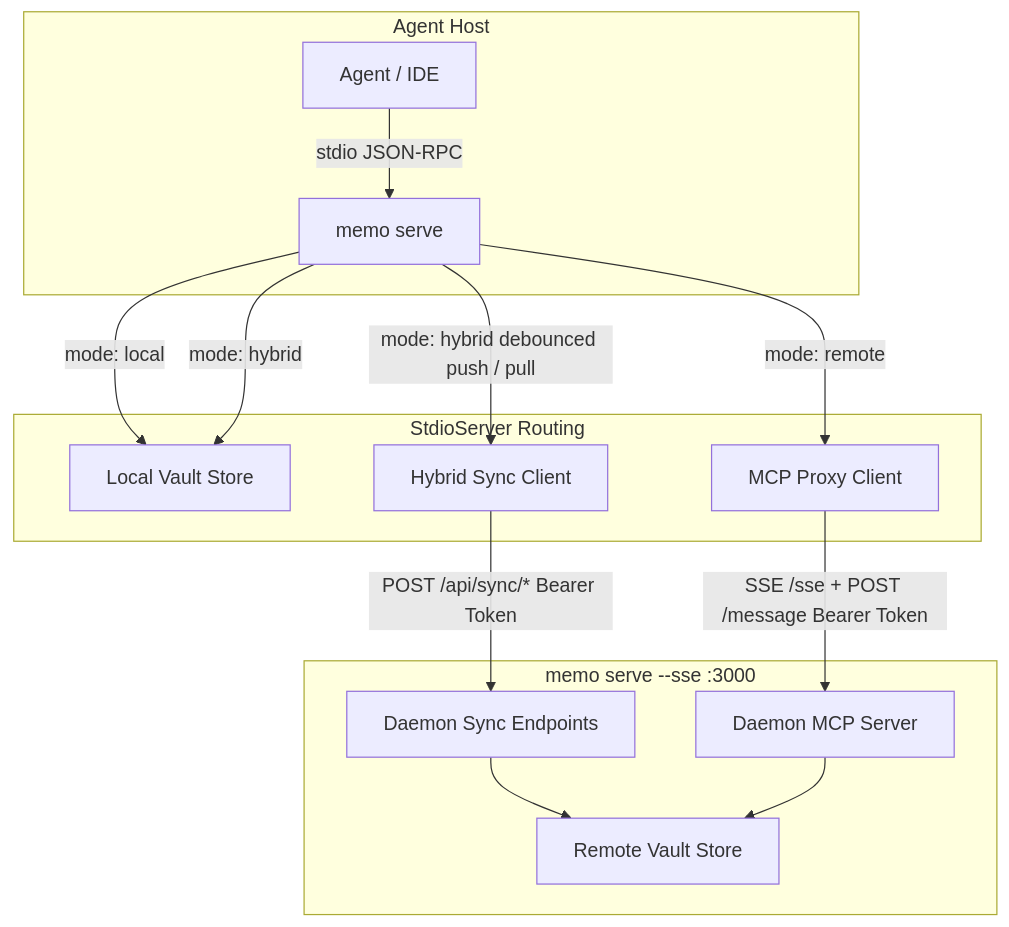
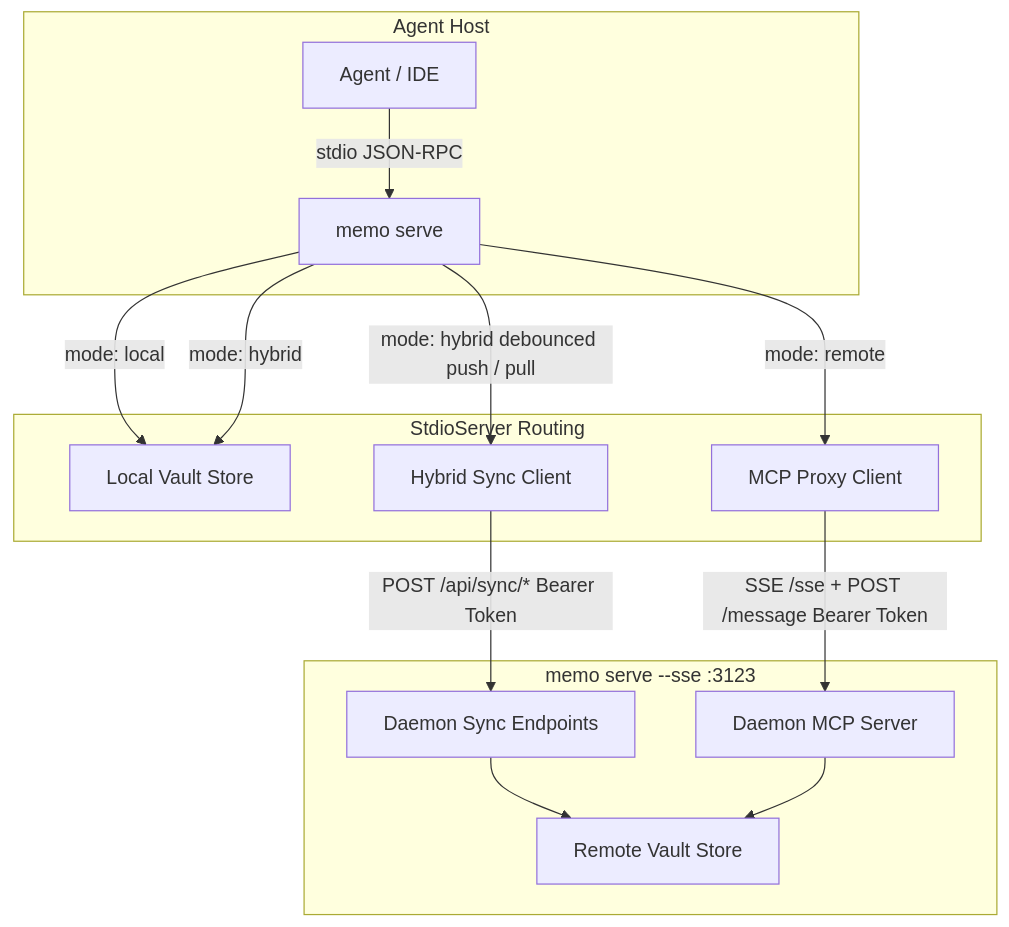
The diagram in docs/arch.md (jpolvora/spec-memo), drawn with Mermaid before and after one commit. The commit also changed 2 other files, not shown here.

Commit message:
docs: enrich website tool catalog with reset, restore, backups, and setup CLI extras

````diff
--- a/docs/arch.md
+++ b/docs/arch.md
@@ -23,20 +23,20 @@
 ```mermaid
 flowchart TD
     subgraph Agent Host
         Agent[Agent / IDE] -->|stdio JSON-RPC| StdioServer[memo serve]
     end
 
     subgraph StdioServer Routing
         StdioServer -->|mode: local| LocalVault[Local Vault Store]
         StdioServer -->|mode: hybrid| LocalVault
         StdioServer -->|mode: hybrid debounced push / pull| SyncClient[Hybrid Sync Client]
         StdioServer -->|mode: remote| McpProxy[MCP Proxy Client]
     end
 
-    subgraph Remote Daemon [memo serve --sse :3000]
+    subgraph Remote Daemon [memo serve --sse :3123]
         SyncClient -->|POST /api/sync/* Bearer Token| DaemonSync[Daemon Sync Endpoints]
         McpProxy -->|SSE /sse + POST /message Bearer Token| DaemonMCP[Daemon MCP Server]
         DaemonSync --> RemoteVault[Remote Vault Store]
         DaemonMCP --> RemoteVault
     end
 ```
````
